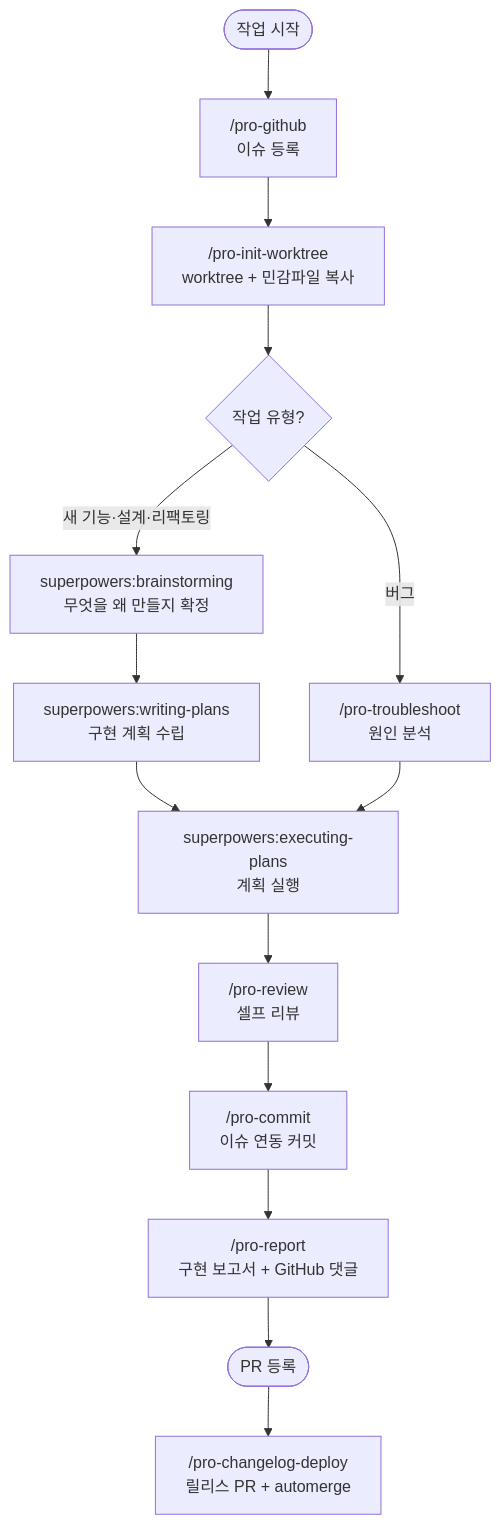
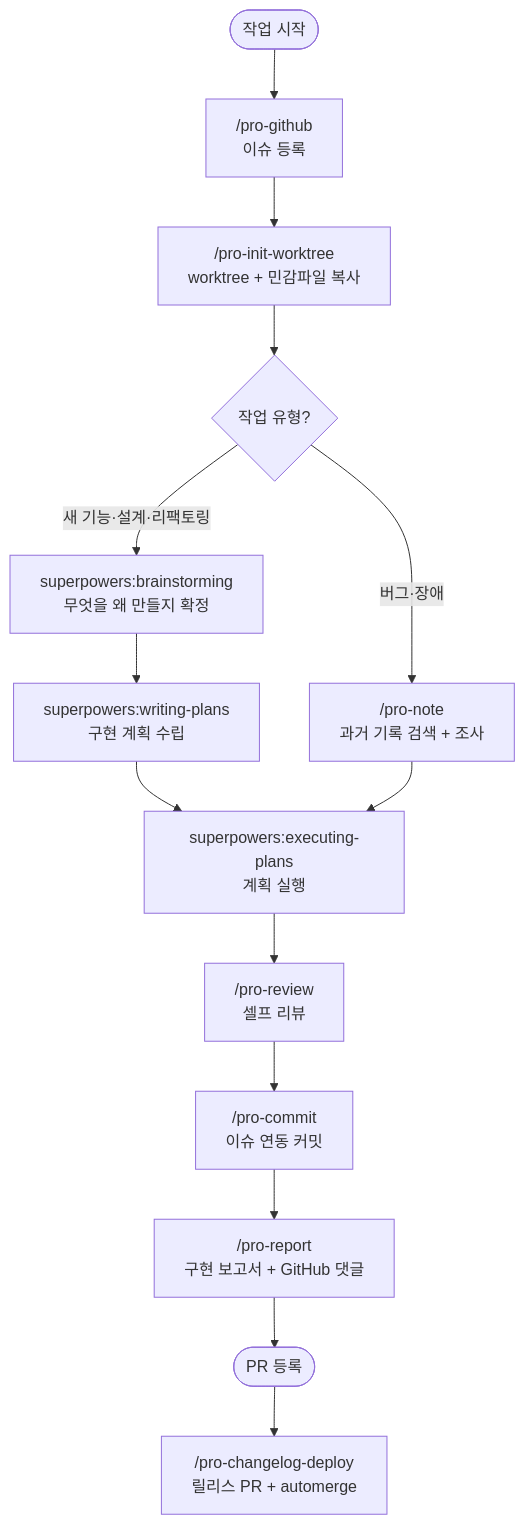
The diagram in docs/SKILLS.md (Cassiiopeia/projectops), drawn with Mermaid before and after one commit. The commit also changed other lines of this file and 21 other files, not shown here.

Commit message:
알아낸 것을 쌓고 막혔을 때 꺼내 쓰는 pro-note 신설 : feat : 과거 기록 검색을 조사보다 먼저 수행하는 흐름과 AI 없이도 따라 할 수 있는 기록 품질 기준을 도입하고, 저장소 변경 유무로 프로젝트·공용 저장 위치를 자동 판정하며 case/fact 2종 기록과 유형별 조사 체크리스트를 신설, pro-troubleshoot 대체 https://github.com/Cassiiopeia/projectops/issues/537

````diff
--- a/docs/SKILLS.md
+++ b/docs/SKILLS.md
@@ -399,19 +417,19 @@
 ```mermaid
 flowchart TD
     A(["작업 시작"]) --> B["/pro-github<br/>이슈 등록"]
     B --> C["/pro-init-worktree<br/>worktree + 민감파일 복사"]
     C --> D{"작업 유형?"}
 
     D -->|새 기능·설계·리팩토링| E1["superpowers:brainstorming<br/>무엇을 왜 만들지 확정"]
-    D -->|버그| E2["/pro-troubleshoot<br/>원인 분석"]
+    D -->|버그·장애| E2["/pro-note<br/>과거 기록 검색 + 조사"]
 
     E1 --> F1["superpowers:writing-plans<br/>구현 계획 수립"]
     F1 --> G1["superpowers:executing-plans<br/>계획 실행"]
     E2 --> G1
 
     G1 --> H["/pro-review<br/>셀프 리뷰"]
     H --> I["/pro-commit<br/>이슈 연동 커밋"]
     I --> J["/pro-report<br/>구현 보고서 + GitHub 댓글"]
     J --> K(["PR 등록"])
     K --> L["/pro-changelog-deploy<br/>릴리스 PR + automerge"]
 ```
````
